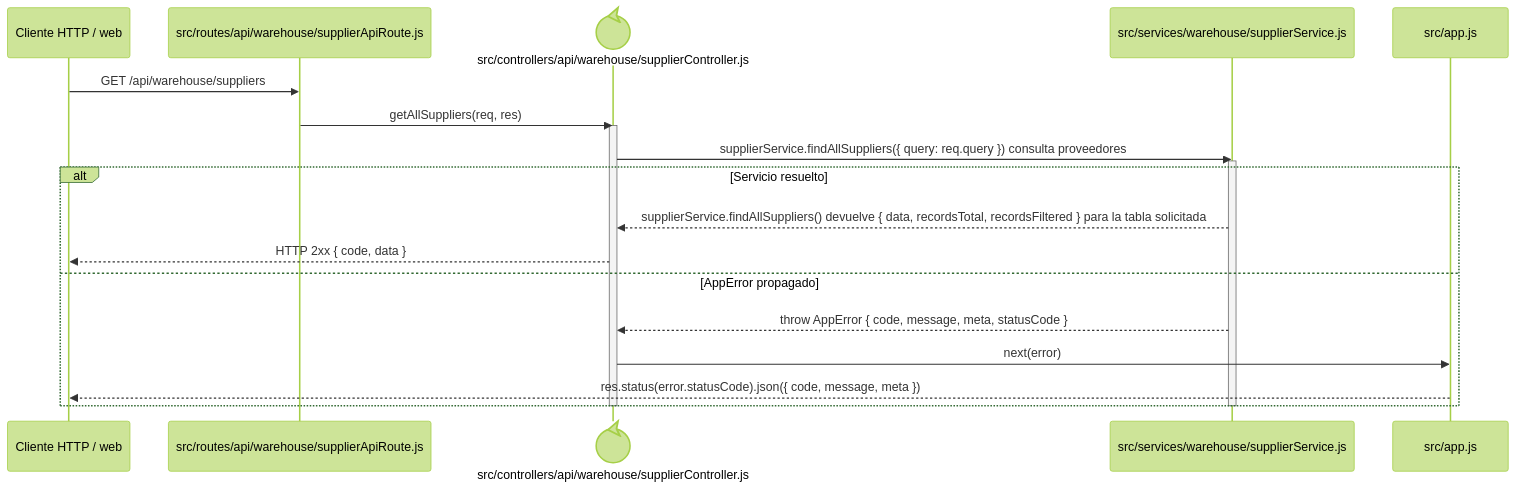
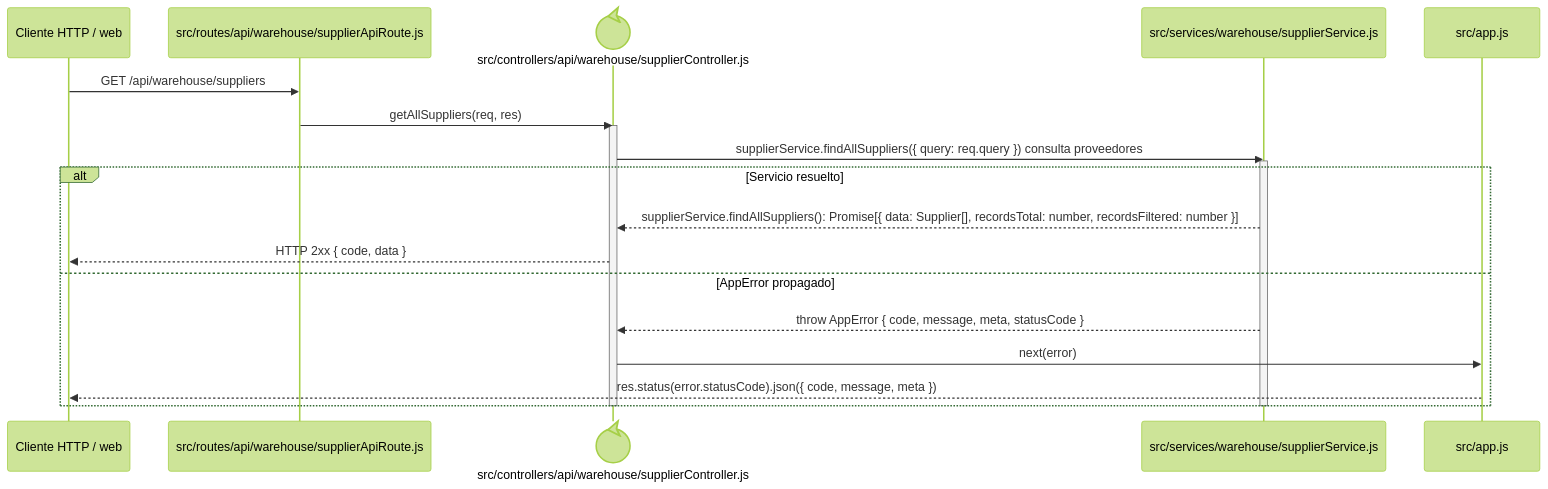
Before and after one commit to gpgsistemas01/nexus: the diagram in docs/architecture/backend-code-sequences/catalogs/cu-cat-01.md, drawn with Mermaid (forest theme). The commit also changed 146 other files, not shown here.

````diff
--- a/docs/architecture/backend-code-sequences/catalogs/cu-cat-01.md
+++ b/docs/architecture/backend-code-sequences/catalogs/cu-cat-01.md
@@ -6,24 +6,24 @@
 ```mermaid
 sequenceDiagram
     participant Client as Cliente HTTP / web
     participant Route as src/routes/api/warehouse/supplierApiRoute.js
     participant Controller@{ "type": "control" } as src/controllers/api/warehouse/supplierController.js
     participant Domain as src/services/warehouse/supplierService.js
     participant ErrorHandler as src/app.js
 
     Client->>Route: GET /api/warehouse/suppliers
     Route->>Controller: getAllSuppliers(req, res)
     activate Controller
     Controller->>Domain: supplierService.findAllSuppliers({ query: req.query }) consulta proveedores
     activate Domain
     alt Servicio resuelto
-        Domain-->>Controller: supplierService.findAllSuppliers() devuelve { data, recordsTotal, recordsFiltered } para la tabla solicitada
+        Domain-->>Controller: supplierService.findAllSuppliers(): Promise[{ data: Supplier[], recordsTotal: number, recordsFiltered: number }]
         Controller-->>Client: HTTP 2xx { code, data }
     else AppError propagado
         Domain-->>Controller: throw AppError { code, message, meta, statusCode }
         Controller->>ErrorHandler: next(error)
         ErrorHandler-->>Client: res.status(error.statusCode).json({ code, message, meta })
     end
     deactivate Domain
     deactivate Controller
 ```
````
